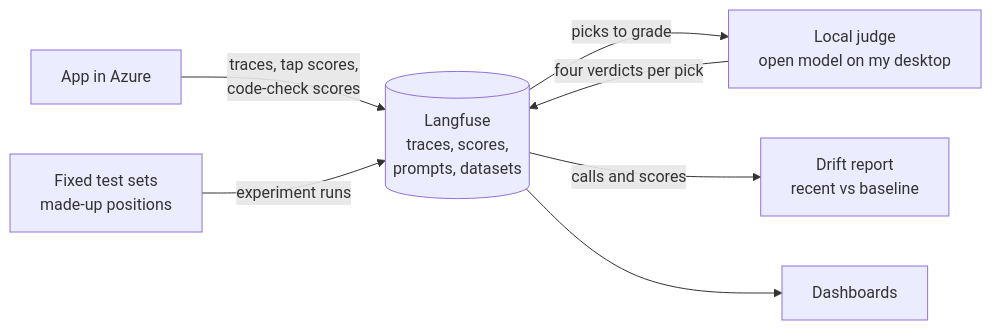
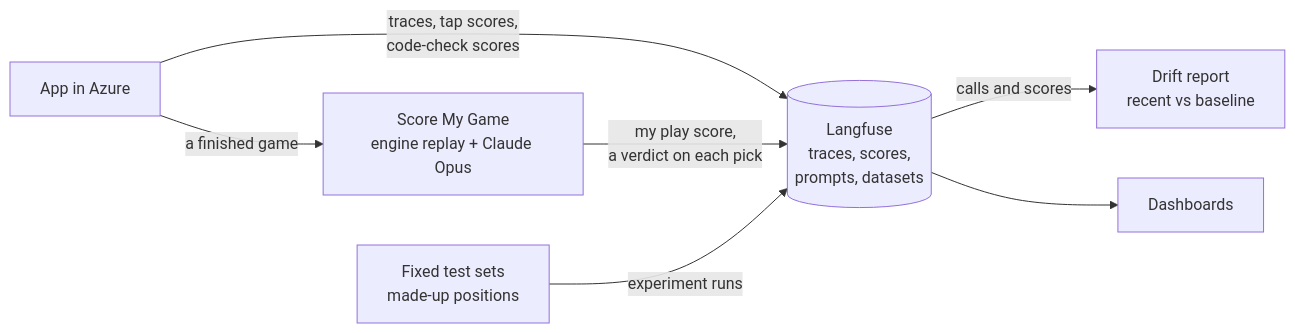
The fifth of 8 diagrams in Mahjong_Companion/README.md (npransk/NickPranskePublic), drawn with Mermaid before and after one commit. The commit also changed other lines of this file and 27 other files, not shown here.

First line of the commit message:
Show Score My Game in place of the local LLM judge

````diff
--- a/Mahjong_Companion/README.md
+++ b/Mahjong_Companion/README.md
@@ -291,16 +291,16 @@
 ```mermaid
 flowchart LR
     app["App in Azure"]
+    review["Score My Game<br/>engine replay + Claude Opus"]
     langfuse[("Langfuse<br/>traces, scores,<br/>prompts, datasets")]
-    judge["Local judge<br/>open model on my desktop"]
     drift["Drift report<br/>recent vs baseline"]
     sets["Fixed test sets<br/>made-up positions"]
     boards["Dashboards"]
 
     app -- "traces, tap scores,<br/>code-check scores" --> langfuse
-    langfuse -- "picks to grade" --> judge
-    judge -- "four verdicts per pick" --> langfuse
+    app -- "a finished game" --> review
+    review -- "my play score,<br/>a verdict on each pick" --> langfuse
     langfuse -- "calls and scores" --> drift
     sets -- "experiment runs" --> langfuse
     langfuse --> boards
 ```
````
